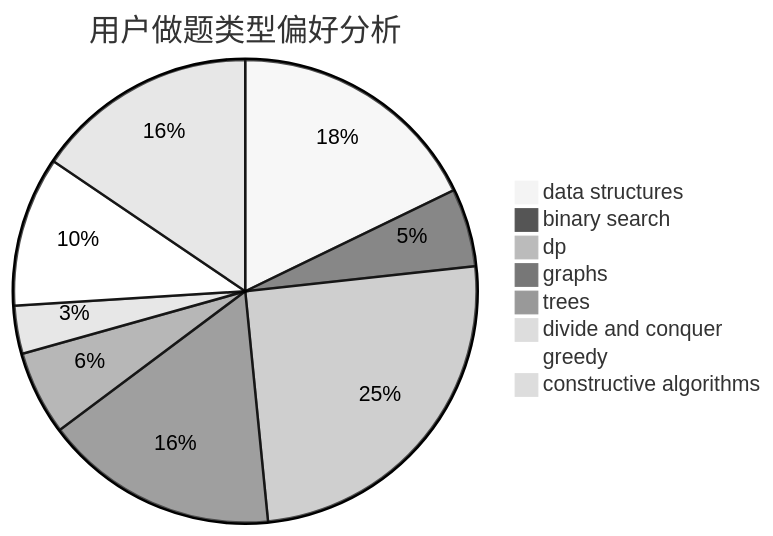
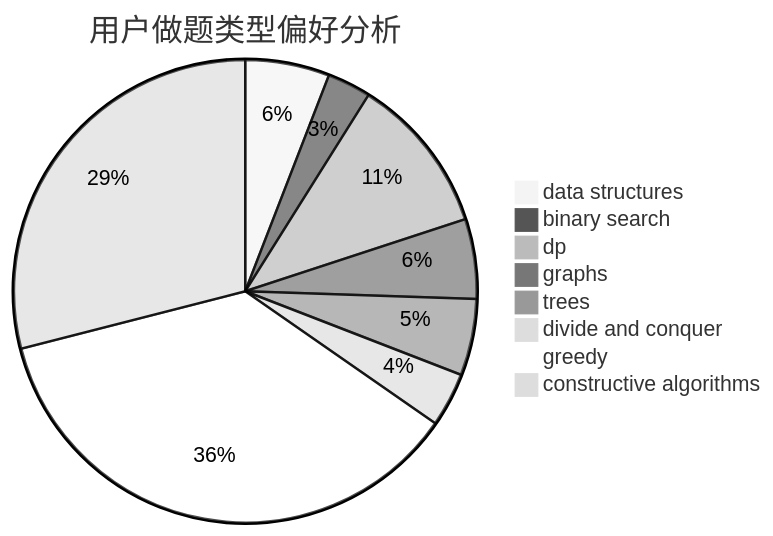
Before and after one commit to sherpahu/cfrs.github.io: the second of 3 diagrams in docs/user/u71.md, drawn with Mermaid (neutral theme). The commit also changed other lines of this file and 2770 other files, not shown here.

````diff
--- a/docs/user/u71.md
+++ b/docs/user/u71.md
@@ -23,11 +23,11 @@
 ```mermaid
 pie title 用户做题类型偏好分析
-    "data structures" :  85
-    "binary search" :  26
-    "dp" :  120
-    "graphs" :  78
-    "trees" :  28
-    "divide and conquer" :  16
-    "greedy" :  50
-    "constructive algorithms" :  74
+    "data structures" :  56
+    "binary search" :  29
+    "dp" :  105
+    "graphs" :  53
+    "trees" :  51
+    "divide and conquer" :  36
+    "greedy" :  346
+    "constructive algorithms" :  276
 ```
````
